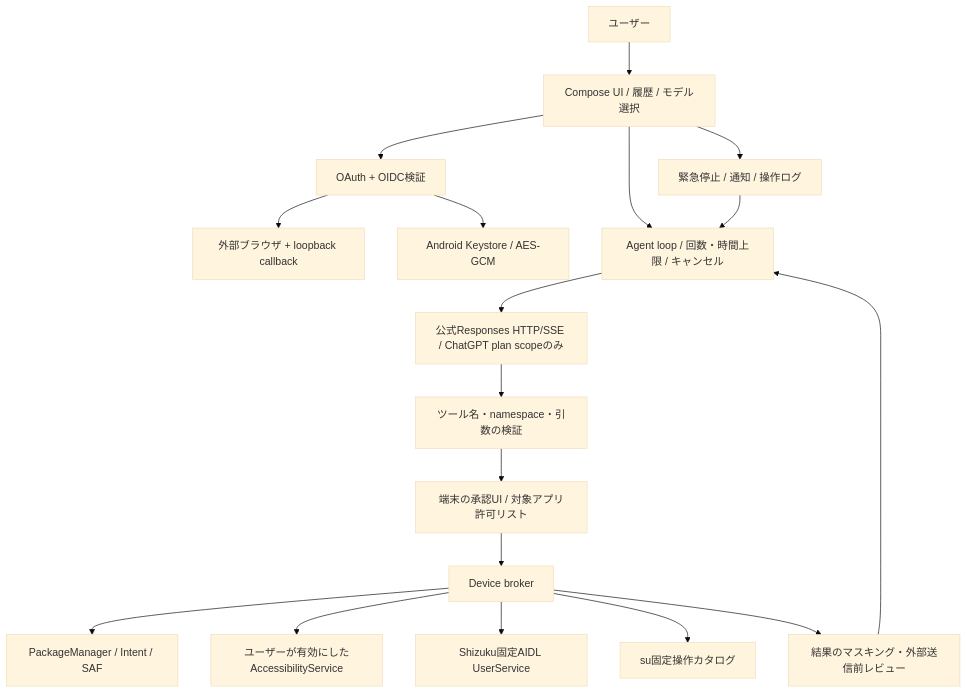
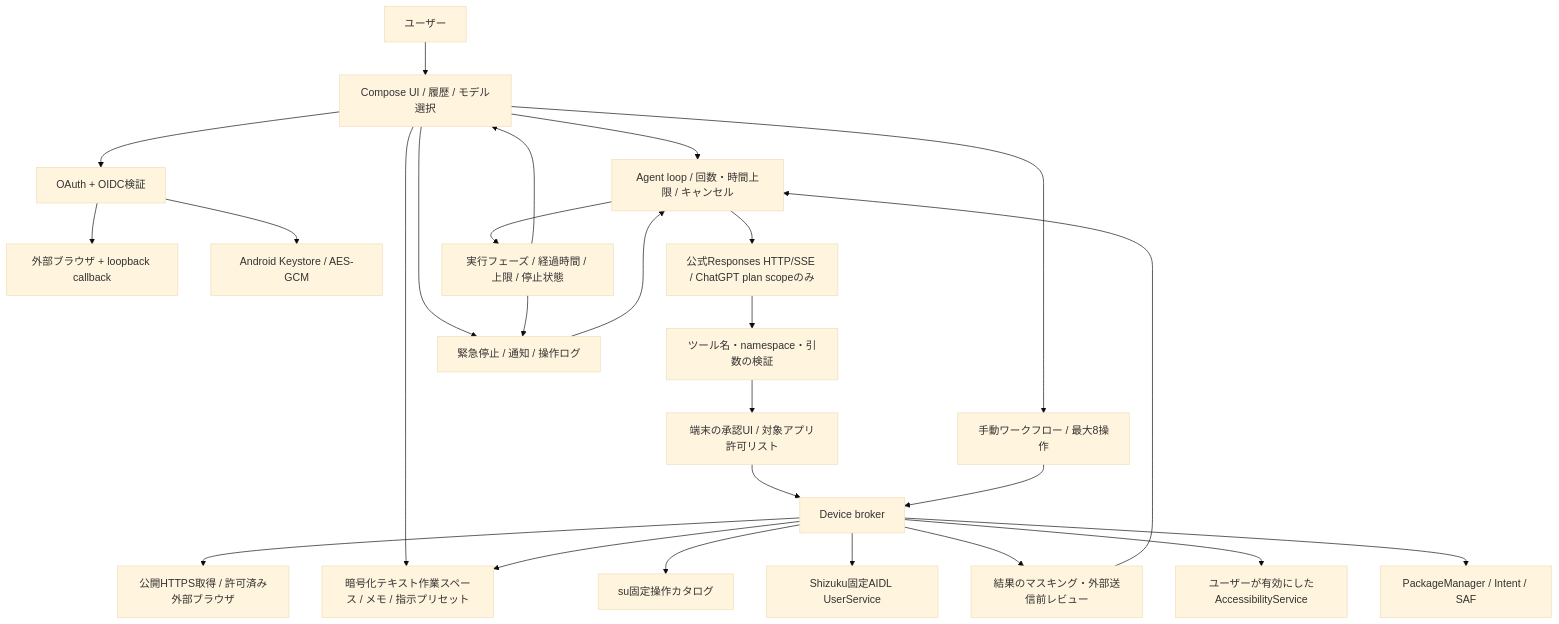
Before and after one commit to tanakapf08-svg/komichi-agent: the diagram in docs/architecture.md, drawn with Mermaid (base theme). The commit also changed other lines of this file and 51 other files, not shown here.

````diff
--- a/docs/architecture.md
+++ b/docs/architecture.md
@@ -5,20 +5,28 @@
 ```mermaid
 flowchart TD
   U[ユーザー] --> UI[Compose UI / 履歴 / モデル選択]
   UI --> O[OAuth + OIDC検証]
   O --> B[外部ブラウザ + loopback callback]
   O --> K[Android Keystore / AES-GCM]
   UI --> A[Agent loop / 回数・時間上限 / キャンセル]
   A --> R[公式Responses HTTP/SSE / ChatGPT plan scopeのみ]
   R --> V[ツール名・namespace・引数の検証]
   V --> P[端末の承認UI / 対象アプリ許可リスト]
   P --> D[Device broker]
   D --> N[PackageManager / Intent / SAF]
   D --> X[ユーザーが有効にしたAccessibilityService]
   D --> S[Shizuku固定AIDL UserService]
   D --> SU[su固定操作カタログ]
   D --> M[結果のマスキング・外部送信前レビュー]
   M --> A
   UI --> E[緊急停止 / 通知 / 操作ログ]
   E --> A
+  UI --> L[暗号化テキスト作業スペース / メモ / 指示プリセット]
+  UI --> W[手動ワークフロー / 最大8操作]
+  W --> D
+  D --> L
+  D --> WEB[公開HTTPS取得 / 許可済み外部ブラウザ]
+  A --> PROGRESS[実行フェーズ / 経過時間 / 上限 / 停止状態]
+  PROGRESS --> UI
+  PROGRESS --> E
 ```
````
